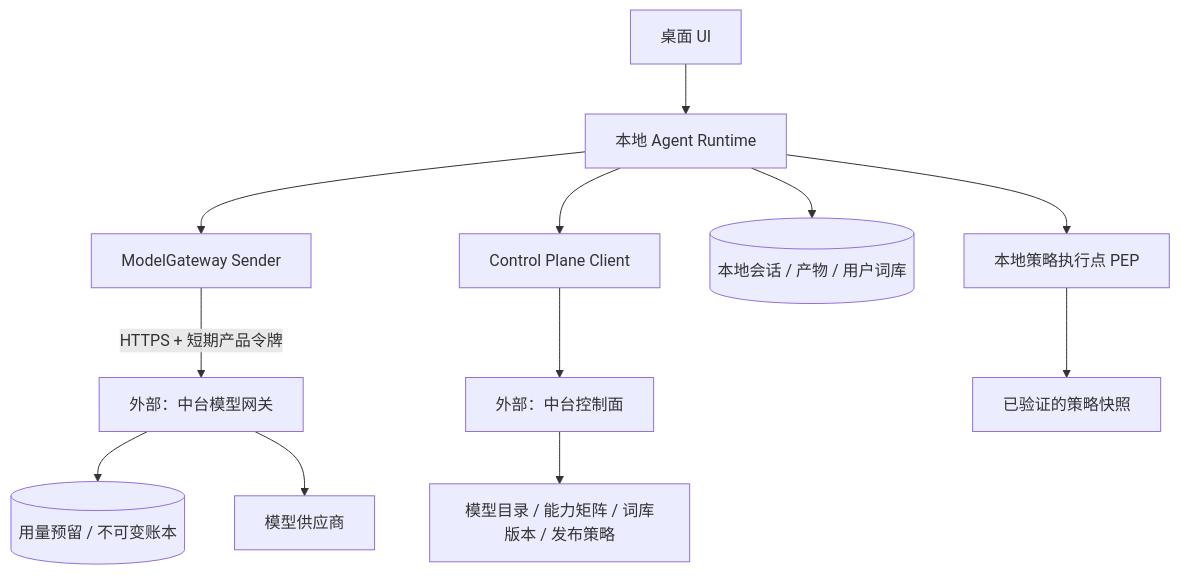
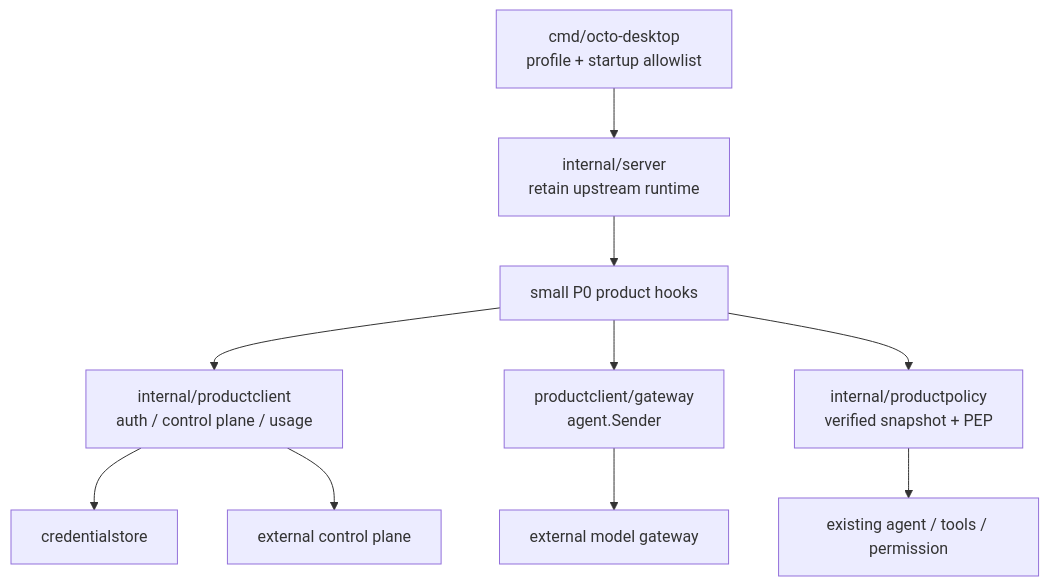
One commit to USDAble/buding-box-client changed the first of 2 diagrams in dev-docs-usdable/需求/20260909/P0-正式服务与Agent演进/README.md. Above: the diagram before and after it, drawn with Mermaid. The commit also changed other lines of this file and 16 other files, not shown here.

````diff
--- a/dev-docs-usdable/需求/20260909/P0-正式服务与Agent演进/README.md
+++ b/dev-docs-usdable/需求/20260909/P0-正式服务与Agent演进/README.md
@@ -35,17 +18,12 @@
 ```mermaid
 flowchart TB
-    UI[桌面 UI] --> RT[本地 Agent Runtime]
-    RT --> PEP[本地策略执行点 PEP]
-    RT --> MG[ModelGateway Sender]
-    RT --> LS[(本地会话 / 产物 / 用户词库)]
-
-    MG -->|HTTPS + 短期产品令牌| GW[外部：中台模型网关]
-    GW --> L[(用量预留 / 不可变账本)]
-    GW --> V[模型供应商]
-
-    RT --> CP[Control Plane Client]
-    CP --> CS[外部：中台控制面]
-    CS --> CAT[模型目录 / 能力矩阵 / 词库版本 / 发布策略]
-
-    PEP --> POL[已验证的策略快照]
+    D[cmd/octo-desktop<br/>profile + startup allowlist] --> S[internal/server<br/>retain upstream runtime]
+    S --> H[small P0 product hooks]
+    H --> C[internal/productclient<br/>auth / control plane / usage]
+    H --> G[productclient/gateway<br/>agent.Sender]
+    H --> P[internal/productpolicy<br/>verified snapshot + PEP]
+    C --> K[credentialstore]
+    C --> CP[external control plane]
+    G --> GW[external model gateway]
+    P --> T[existing agent / tools / permission]
 ```
````
